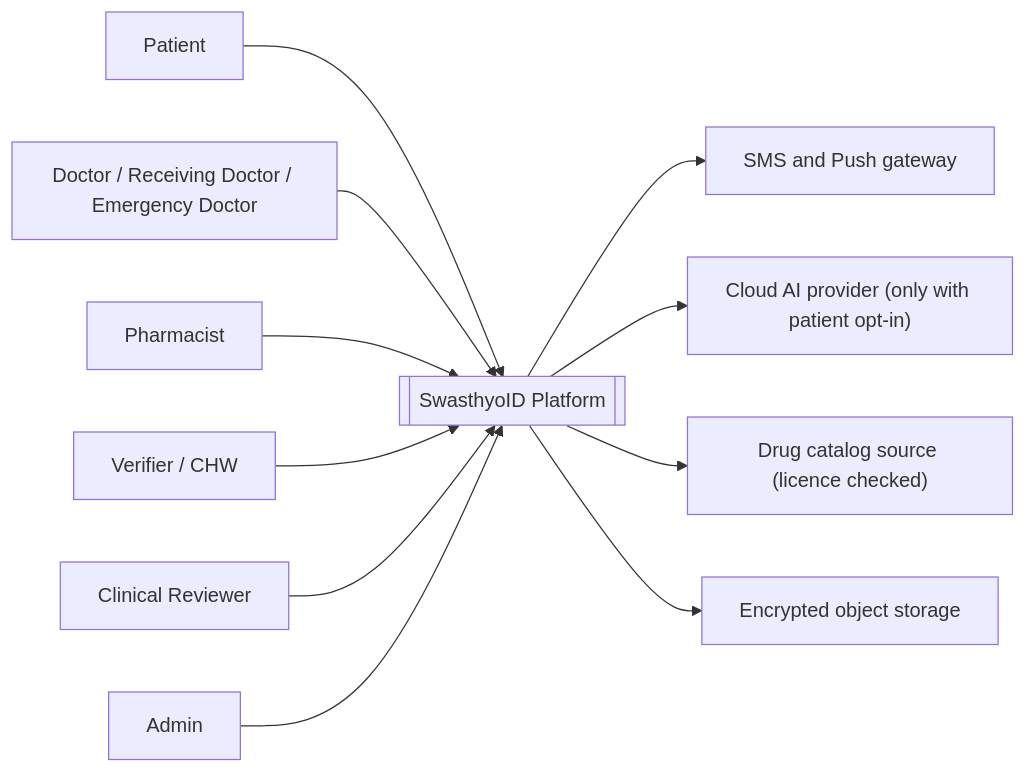
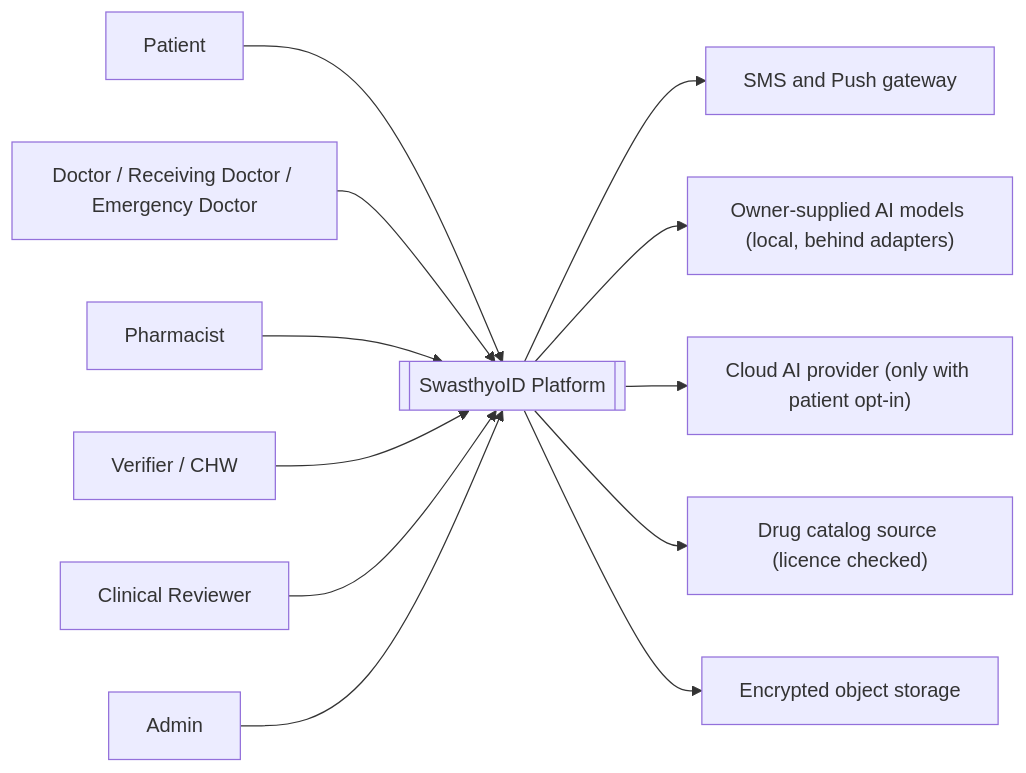
The second of 32 diagrams in docs/FRD.md (sarwar-islam/swasthyoid), drawn with Mermaid before and after one commit. The commit also changed other lines of this file and 4 other files, not shown here.

````diff
--- a/docs/FRD.md
+++ b/docs/FRD.md
@@ -126,16 +132,17 @@
 ```mermaid
 flowchart LR
     P["Patient"] --> SYS
     D["Doctor / Receiving Doctor / Emergency Doctor"] --> SYS
     PH["Pharmacist"] --> SYS
     V["Verifier / CHW"] --> SYS
     CR["Clinical Reviewer"] --> SYS
     A["Admin"] --> SYS
 
     SYS[["SwasthyoID Platform"]]
 
     SYS --> SMS["SMS and Push gateway"]
+    SYS --> MOD["Owner-supplied AI models (local, behind adapters)"]
     SYS --> AI["Cloud AI provider (only with patient opt-in)"]
     SYS --> CAT["Drug catalog source (licence checked)"]
     SYS --> OBJ["Encrypted object storage"]
 ```
````
